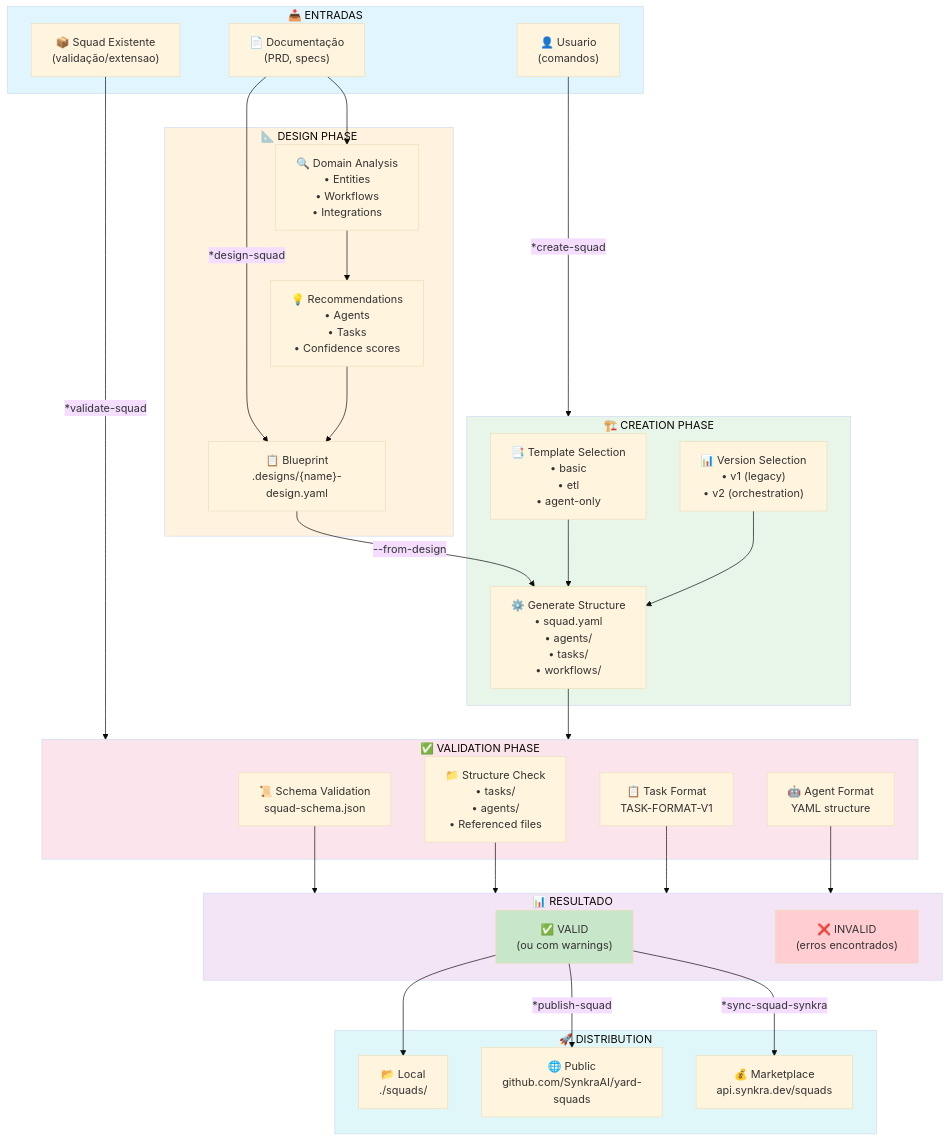
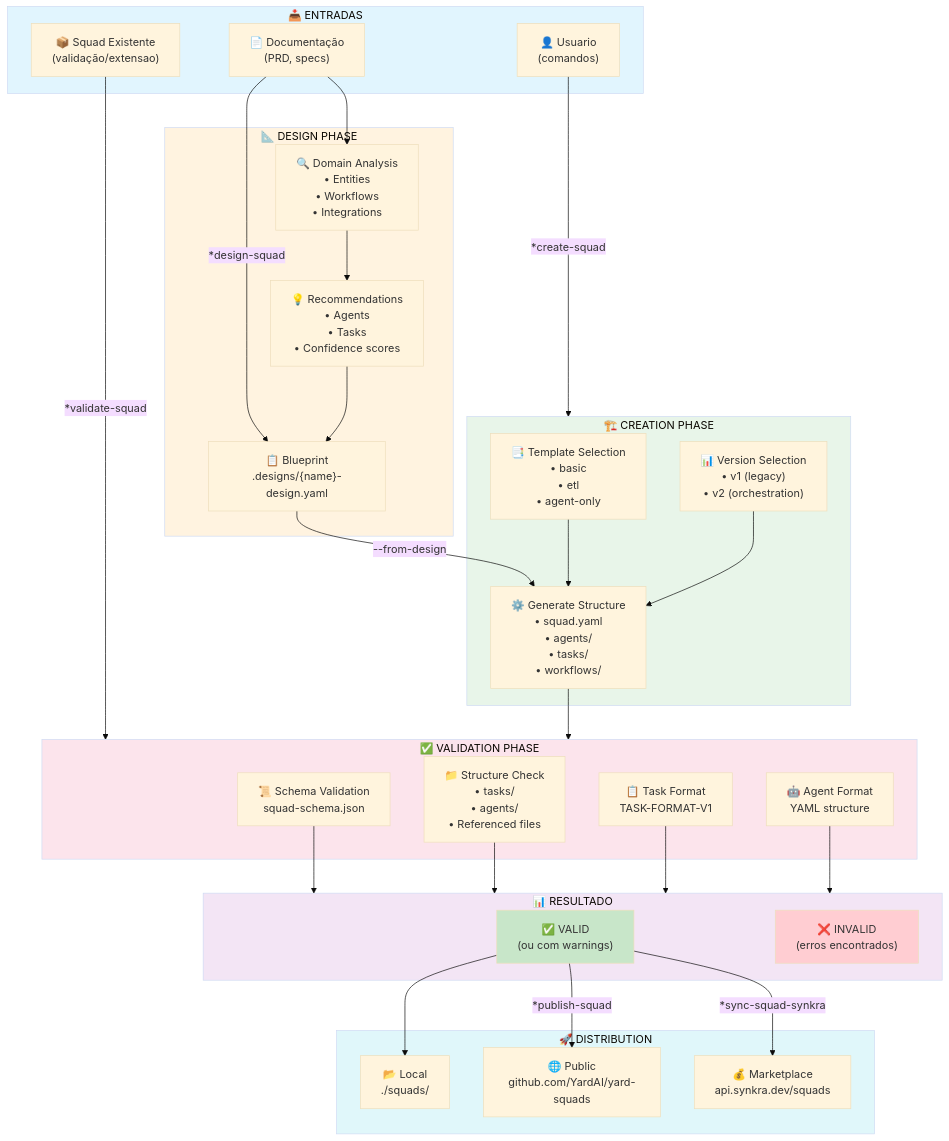
One commit to ernesto-langa/yard-core changed the first of 6 diagrams in docs/aiox-agent-flows/squad-creator-system.md. Above: the diagram before and after it, drawn with Mermaid (base theme). The commit also changed other lines of this file and 308 other files, not shown here.

````diff
--- a/docs/aiox-agent-flows/squad-creator-system.md
+++ b/docs/aiox-agent-flows/squad-creator-system.md
@@ -107,69 +107,69 @@
 ```mermaid
 flowchart TB
     subgraph INPUTS["📥 ENTRADAS"]
         DOCS["📄 Documentação<br/>(PRD, specs)"]
         USER["👤 Usuario<br/>(comandos)"]
         EXISTING["📦 Squad Existente<br/>(validação/extensao)"]
     end
 
     DOCS -->|"*design-squad"| BLUEPRINT
     USER -->|"*create-squad"| CREATE
     EXISTING -->|"*validate-squad"| VALIDATE
 
     subgraph DESIGN["📐 DESIGN PHASE"]
         BLUEPRINT["📋 Blueprint<br/>.designs/{name}-design.yaml"]
         ANALYSIS["🔍 Domain Analysis<br/>• Entities<br/>• Workflows<br/>• Integrations"]
         RECOMMEND["💡 Recommendations<br/>• Agents<br/>• Tasks<br/>• Confidence scores"]
     end
 
     DOCS --> ANALYSIS
     ANALYSIS --> RECOMMEND
     RECOMMEND --> BLUEPRINT
 
     subgraph CREATE["🏗️ CREATION PHASE"]
         TEMPLATE["📑 Template Selection<br/>• basic<br/>• etl<br/>• agent-only"]
         VERSION["📊 Version Selection<br/>• v1 (legacy)<br/>• v2 (orchestration)"]
         GENERATE["⚙️ Generate Structure<br/>• squad.yaml<br/>• agents/<br/>• tasks/<br/>• workflows/"]
     end
 
     BLUEPRINT -->|"--from-design"| GENERATE
     TEMPLATE --> GENERATE
     VERSION --> GENERATE
 
     subgraph VALIDATE["✅ VALIDATION PHASE"]
         SCHEMA["📜 Schema Validation<br/>squad-schema.json"]
         STRUCTURE["📁 Structure Check<br/>• tasks/<br/>• agents/<br/>• Referenced files"]
         TASK_FMT["📋 Task Format<br/>TASK-FORMAT-V1"]
         AGENT_FMT["🤖 Agent Format<br/>YAML structure"]
     end
 
     GENERATE --> VALIDATE
     SCHEMA --> RESULT
     STRUCTURE --> RESULT
     TASK_FMT --> RESULT
     AGENT_FMT --> RESULT
 
     subgraph RESULT["📊 RESULTADO"]
         VALID["✅ VALID<br/>(ou com warnings)"]
         INVALID["❌ INVALID<br/>(erros encontrados)"]
     end
 
     subgraph DISTRIBUTE["🚀 DISTRIBUTION"]
         LOCAL["📂 Local<br/>./squads/"]
-        PUBLIC["🌐 Public<br/>github.com/SynkraAI/yard-squads"]
+        PUBLIC["🌐 Public<br/>github.com/YardAI/yard-squads"]
         MARKET["💰 Marketplace<br/>api.synkra.dev/squads"]
     end
 
     VALID --> LOCAL
     VALID -->|"*publish-squad"| PUBLIC
     VALID -->|"*sync-squad-synkra"| MARKET
 
     style INPUTS fill:#e1f5fe
     style DESIGN fill:#fff3e0
     style CREATE fill:#e8f5e9
     style VALIDATE fill:#fce4ec
     style RESULT fill:#f3e5f5
     style DISTRIBUTE fill:#e0f7fa
     style VALID fill:#c8e6c9
     style INVALID fill:#ffcdd2
 ```
````
